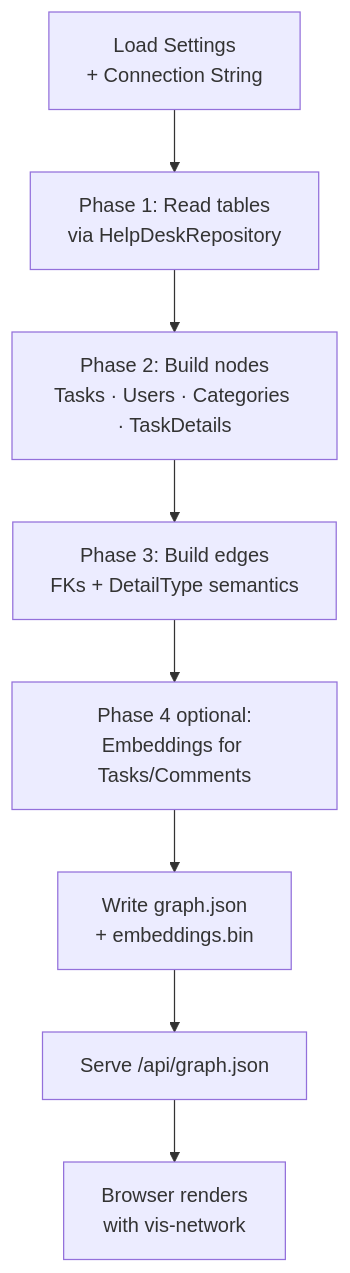
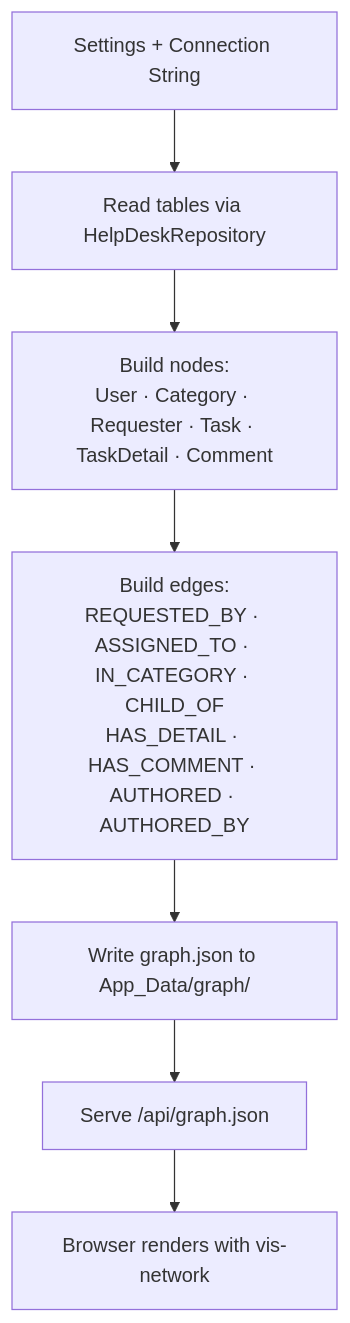
One commit to ADefWebserver/AdefHelpDeskGraphExplorer changed the second of 4 diagrams in docs/implementation-plan.md. Above: the diagram before and after it, drawn with Mermaid. The commit also changed other lines of this file, not shown here.

````diff
--- a/docs/implementation-plan.md
+++ b/docs/implementation-plan.md
@@ -208,10 +259,9 @@
 ```mermaid
 flowchart TD
-    A[Load Settings<br/>+ Connection String] --> B[Phase 1: Read tables<br/>via HelpDeskRepository]
-    B --> C[Phase 2: Build nodes<br/>Tasks · Users · Categories · TaskDetails]
-    C --> D[Phase 3: Build edges<br/>FKs + DetailType semantics]
-    D --> E[Phase 4 optional:<br/>Embeddings for Tasks/Comments]
-    E --> F[Write graph.json<br/>+ embeddings.bin]
-    F --> G[Serve /api/graph.json]
-    G --> H[Browser renders<br/>with vis-network]
+    A[Settings + Connection String] --> B[Read tables via HelpDeskRepository]
+    B --> C[Build nodes:<br/>User · Category · Requester · Task · TaskDetail · Comment]
+    C --> D[Build edges:<br/>REQUESTED_BY · ASSIGNED_TO · IN_CATEGORY · CHILD_OF<br/>HAS_DETAIL · HAS_COMMENT · AUTHORED · AUTHORED_BY]
+    D --> E[Write graph.json to App_Data/graph/]
+    E --> F[Serve /api/graph.json]
+    F --> G[Browser renders with vis-network]
 ```
````
